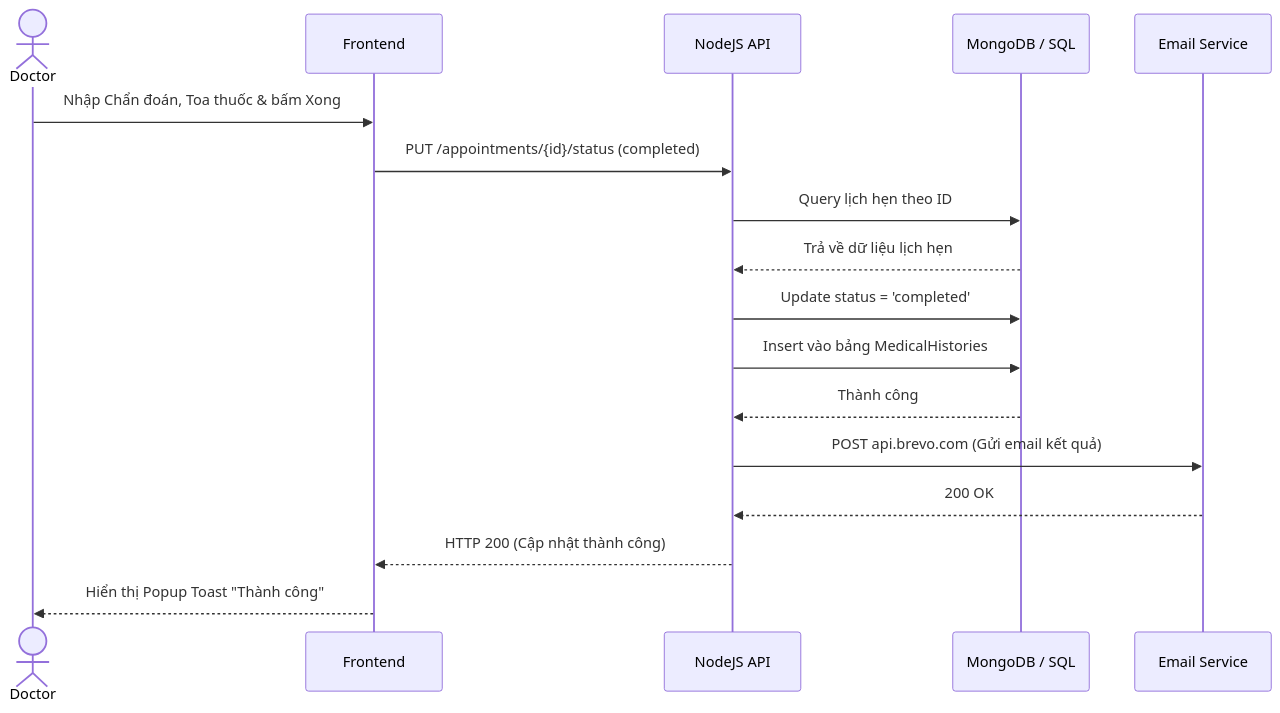
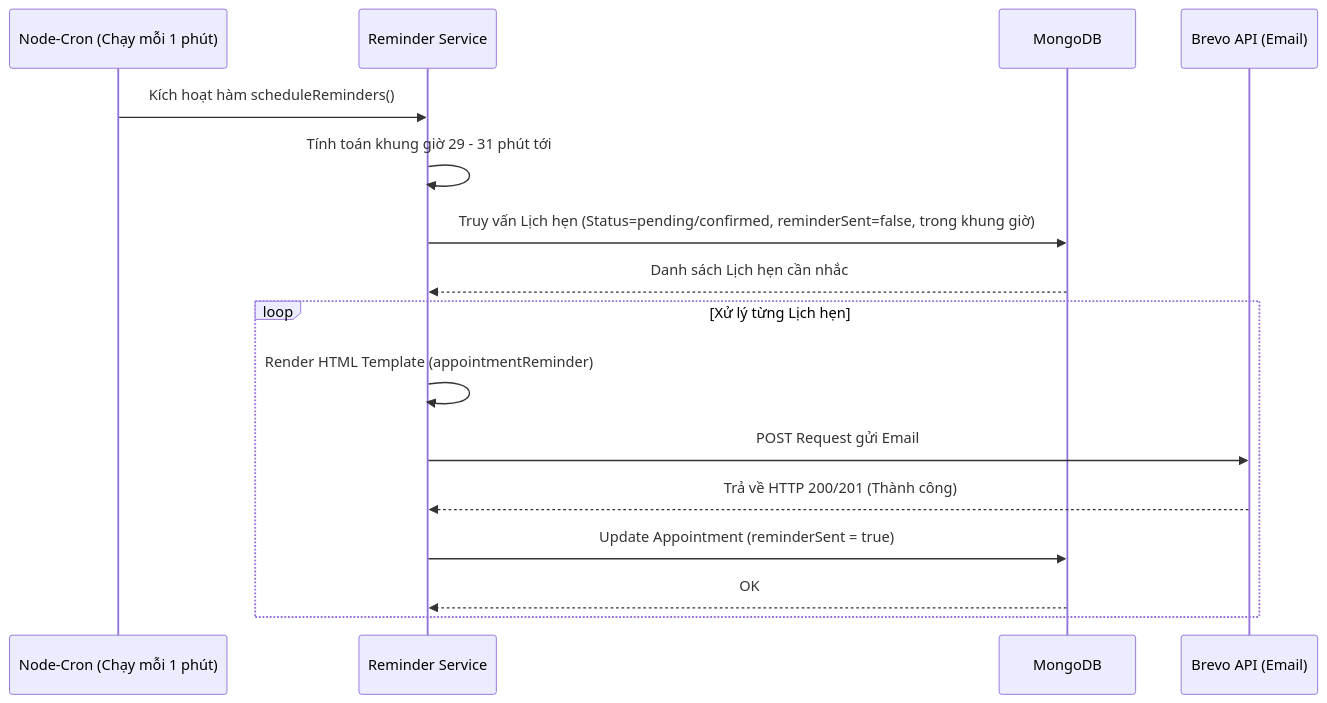
One commit to manhcuong-contact/DatLichPhongKham changed the fourth of 6 diagrams in BAO_CAO_DU_AN.md. Above: the diagram before and after it, drawn with Mermaid. The commit also changed other lines of this file, not shown here.

Commit message:
Docs: Update BAO_CAO_DU_AN.md with 30-page equivalent exhaustive details and SQL schemas

````diff
--- a/BAO_CAO_DU_AN.md
+++ b/BAO_CAO_DU_AN.md
@@ -167,20 +323,20 @@
 ```mermaid
 sequenceDiagram
-    actor Doctor
-    participant Frontend
-    participant Server as NodeJS API
-    participant DB as MongoDB / SQL
-    participant Brevo as Email Service
-
-    Doctor->>Frontend: Nhập Chẩn đoán, Toa thuốc & bấm Xong
-    Frontend->>Server: PUT /appointments/{id}/status (completed)
-    Server->>DB: Query lịch hẹn theo ID
-    DB-->>Server: Trả về dữ liệu lịch hẹn
-    Server->>DB: Update status = 'completed'
-    Server->>DB: Insert vào bảng MedicalHistories
-    DB-->>Server: Thành công
-    Server->>Brevo: POST api.brevo.com (Gửi email kết quả)
-    Brevo-->>Server: 200 OK
-    Server-->>Frontend: HTTP 200 (Cập nhật thành công)
-    Frontend-->>Doctor: Hiển thị Popup Toast "Thành công"
+    participant Cron as Node-Cron (Chạy mỗi 1 phút)
+    participant S as Reminder Service
+    participant DB as MongoDB
+    participant B as Brevo API (Email)
+    
+    Cron->>S: Kích hoạt hàm scheduleReminders()
+    S->>S: Tính toán khung giờ 29 - 31 phút tới
+    S->>DB: Truy vấn Lịch hẹn (Status=pending/confirmed, reminderSent=false, trong khung giờ)
+    DB-->>S: Danh sách Lịch hẹn cần nhắc
+    
+    loop Xử lý từng Lịch hẹn
+        S->>S: Render HTML Template (appointmentReminder)
+        S->>B: POST Request gửi Email
+        B-->>S: Trả về HTTP 200/201 (Thành công)
+        S->>DB: Update Appointment (reminderSent = true)
+        DB-->>S: OK
+    end
 ```
````
